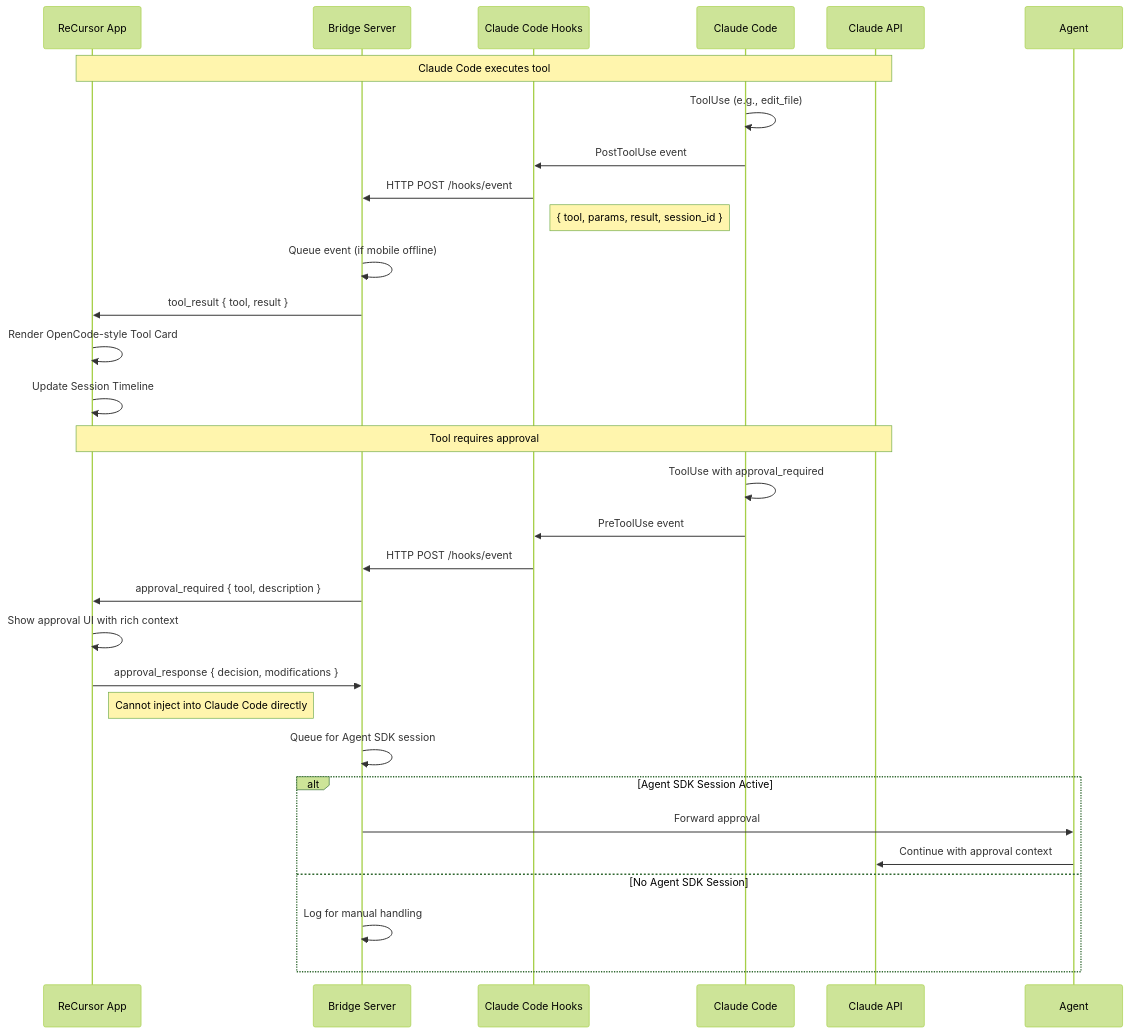
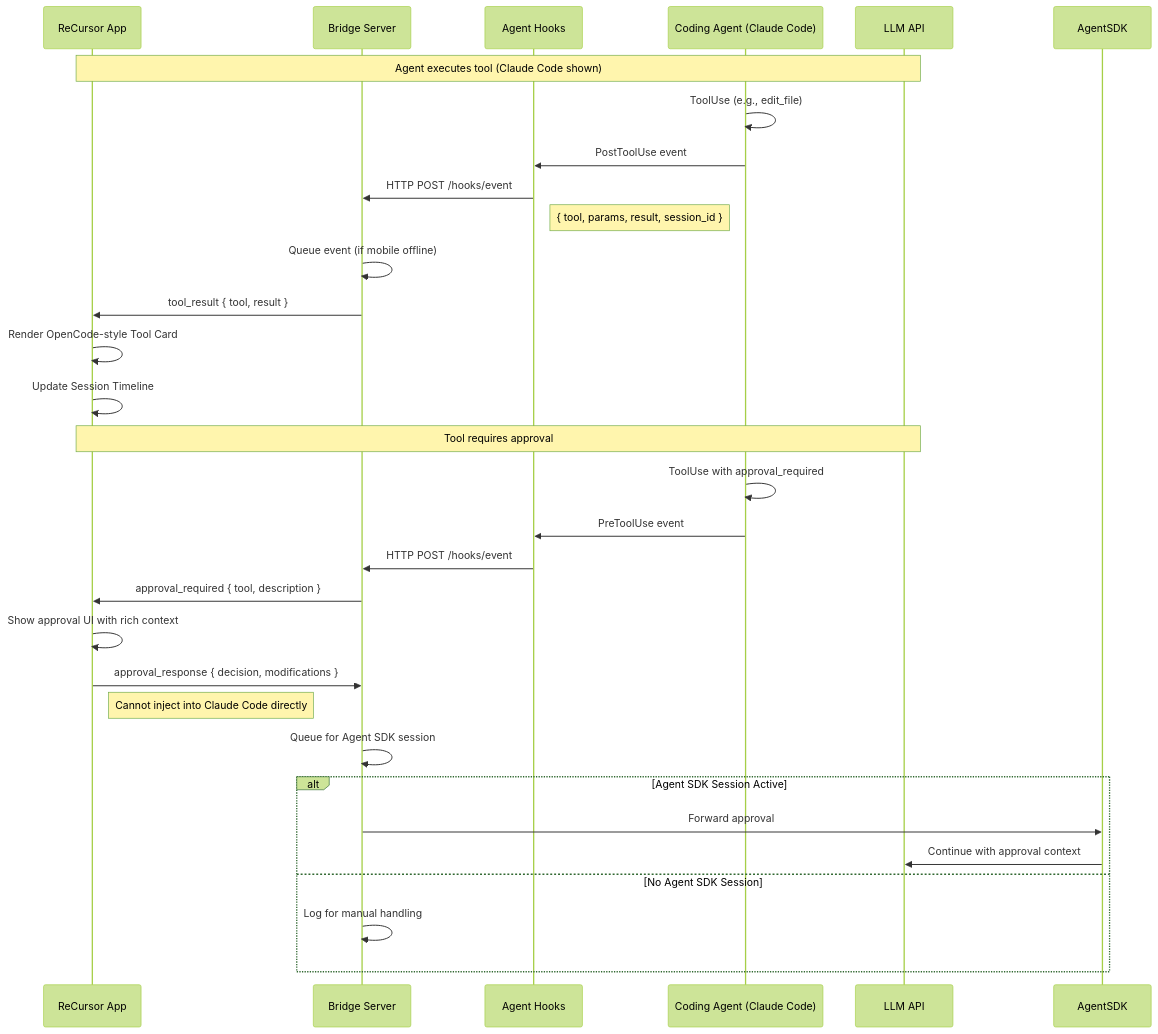
The third of 6 diagrams in docs/architecture/data-flow.md (RecursiveDev/ReCursor), drawn with Mermaid (forest theme) before and after one commit. The commit also changed other lines of this file and 11 other files, not shown here.

First line of the commit message:
docs: update documentation for multi-agent architecture vision

````diff
--- a/docs/architecture/data-flow.md
+++ b/docs/architecture/data-flow.md
@@ -64,39 +66,39 @@
 ```mermaid
 sequenceDiagram
     participant Mobile as ReCursor App
     participant Bridge as Bridge Server
-    participant Hooks as Claude Code Hooks
-    participant CC as Claude Code
-    participant API as Claude API
+    participant Hooks as Agent Hooks
+    participant Agent as Coding Agent (Claude Code)
+    participant API as LLM API
 
-    Note over Mobile,API: Claude Code executes tool
-    CC->>CC: ToolUse (e.g., edit_file)
-    CC->>Hooks: PostToolUse event
+    Note over Mobile,API: Agent executes tool (Claude Code shown)
+    Agent->>Agent: ToolUse (e.g., edit_file)
+    Agent->>Hooks: PostToolUse event
     Hooks->>Bridge: HTTP POST /hooks/event
     Note right of Hooks: { tool, params, result, session_id }
-    
+
     Bridge->>Bridge: Queue event (if mobile offline)
     Bridge->>Mobile: tool_result { tool, result }
-    
+
     Mobile->>Mobile: Render OpenCode-style Tool Card
     Mobile->>Mobile: Update Session Timeline
 
     Note over Mobile,API: Tool requires approval
-    CC->>CC: ToolUse with approval_required
-    CC->>Hooks: PreToolUse event
+    Agent->>Agent: ToolUse with approval_required
+    Agent->>Hooks: PreToolUse event
     Hooks->>Bridge: HTTP POST /hooks/event
     Bridge->>Mobile: approval_required { tool, description }
-    
+
     Mobile->>Mobile: Show approval UI with rich context
     Mobile->>Bridge: approval_response { decision, modifications }
-    
+
     Note right of Mobile: Cannot inject into Claude Code directly
     Bridge->>Bridge: Queue for Agent SDK session
-    
+
     alt Agent SDK Session Active
-        Bridge->>Agent: Forward approval
-        Agent->>API: Continue with approval context
+        Bridge->>AgentSDK: Forward approval
+        AgentSDK->>API: Continue with approval context
     else No Agent SDK Session
         Bridge->>Bridge: Log for manual handling
     end
 ```
````
